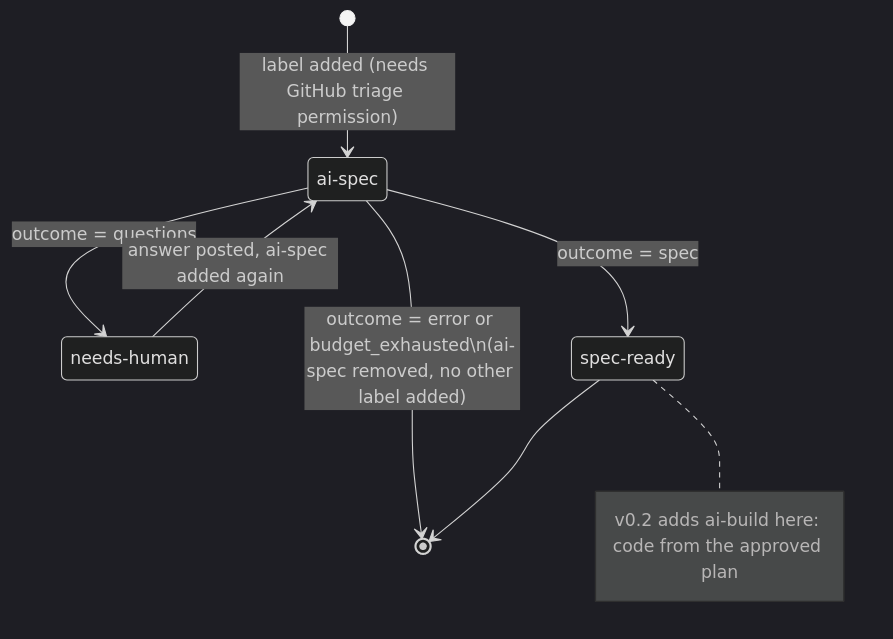
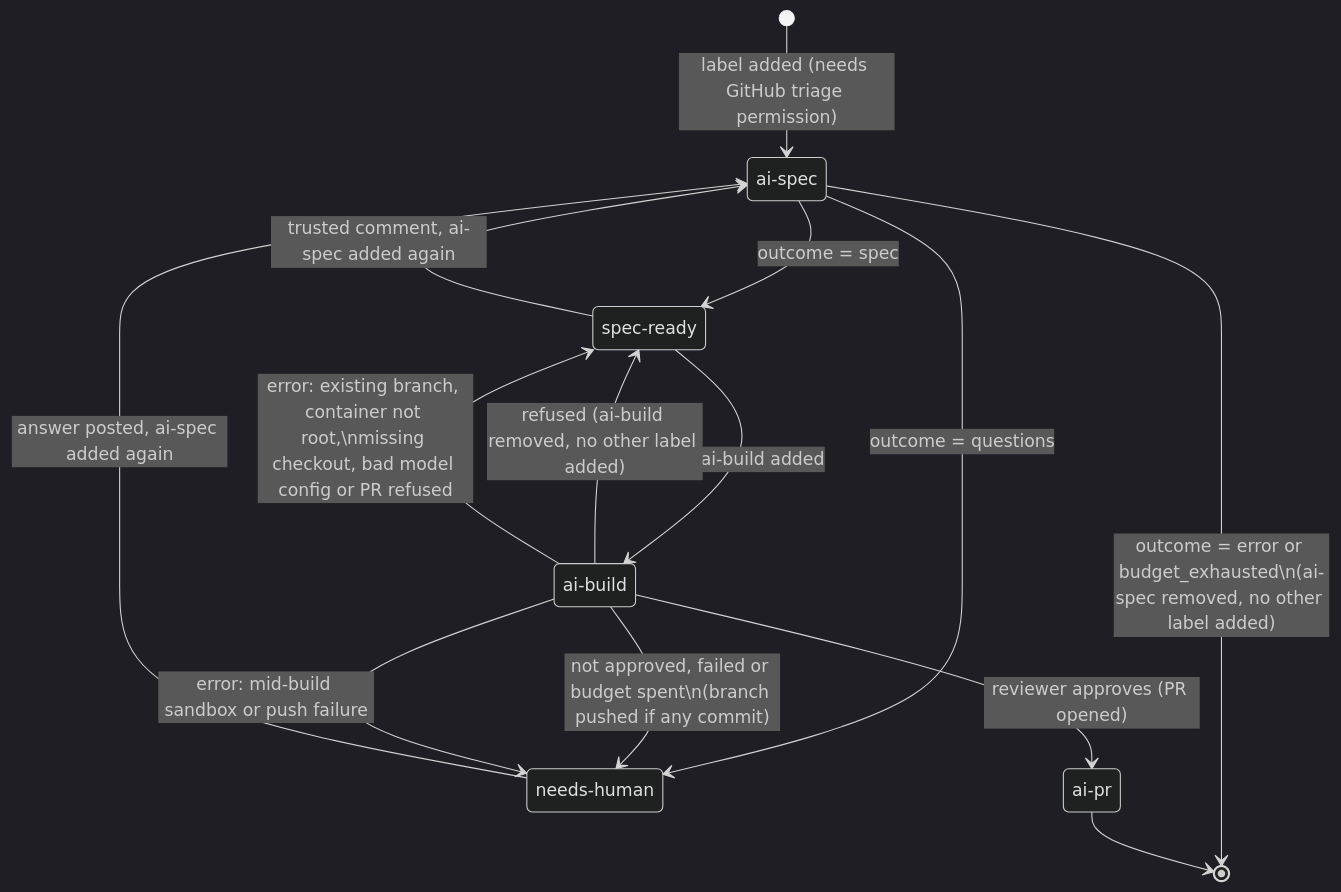
Before and after one commit to Endika/specster: the diagram in README.md, drawn with Mermaid (dark theme). The commit also changed other lines of this file, not shown here.

Commit message:
docs: document the build phase, its isolation, permissions and refusals

````diff
--- a/README.md
+++ b/README.md
@@ -15,17 +15,22 @@
 ```mermaid
 stateDiagram-v2
     state "ai-spec" as ai_spec
     state "needs-human" as needs_human
     state "spec-ready" as spec_ready
+    state "ai-build" as ai_build
+    state "ai-pr" as ai_pr
 
     [*] --> ai_spec : label added (needs GitHub triage permission)
     ai_spec --> needs_human : outcome = questions
     ai_spec --> spec_ready : outcome = spec
     ai_spec --> [*] : outcome = error or budget_exhausted\n(ai-spec removed, no other label added)
     needs_human --> ai_spec : answer posted, ai-spec added again
-    spec_ready --> [*]
-
-    note right of spec_ready
-        v0.2 adds ai-build here: code from the approved plan
-    end note
+    spec_ready --> ai_spec : trusted comment, ai-spec added again
+    spec_ready --> ai_build : ai-build added
+    ai_build --> ai_pr : reviewer approves (PR opened)
+    ai_build --> needs_human : not approved, failed or budget spent\n(branch pushed if any commit)
+    ai_build --> spec_ready : refused (ai-build removed, no other label added)
+    ai_build --> needs_human : error: mid-build sandbox or push failure
+    ai_build --> spec_ready : error: existing branch, container not root,\nmissing checkout, bad model config or PR refused
+    ai_pr --> [*]
 ```
````
